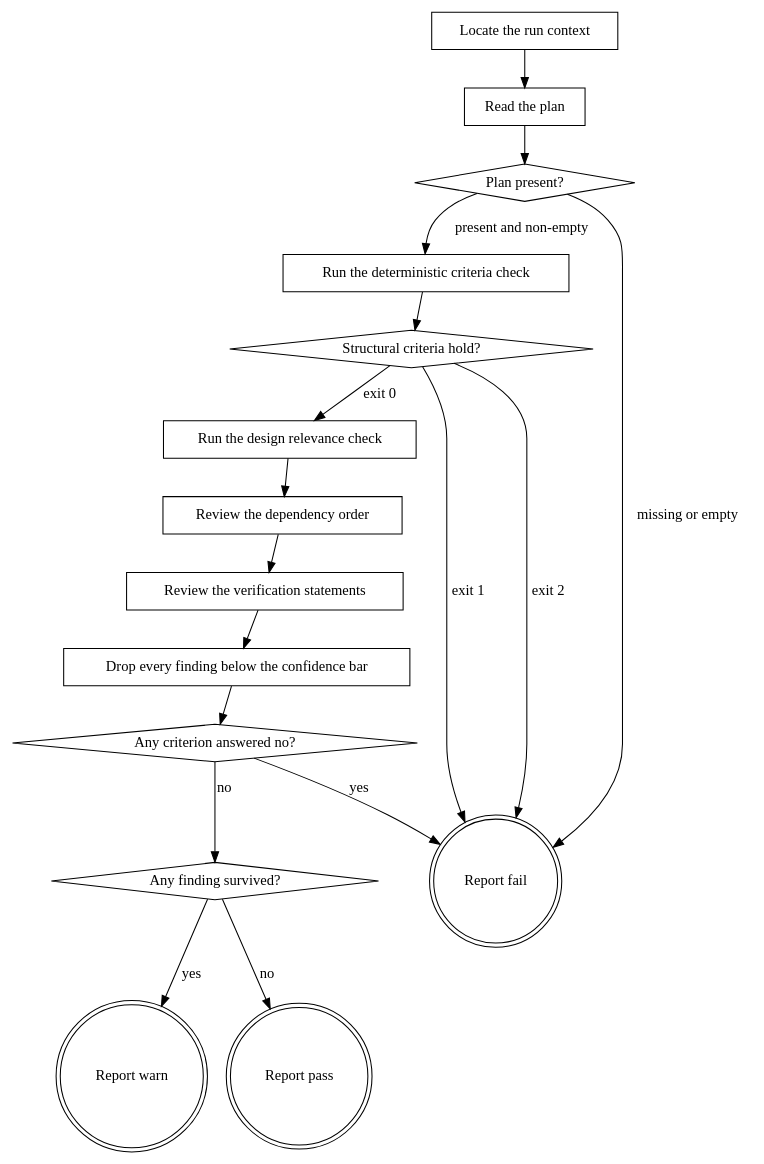
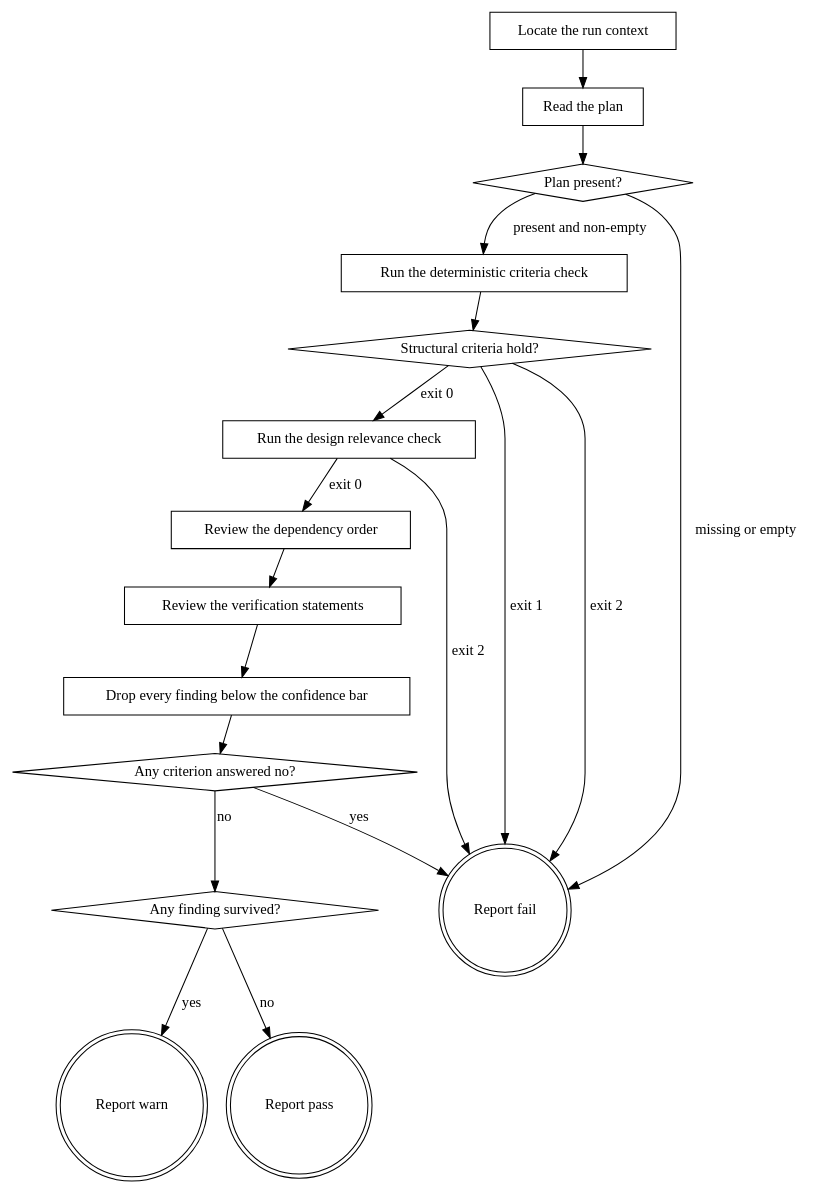
The diagram in plugins/eds/skills/eds-plan-gate/SKILL.md (agenticDraft/aem-eds-ai-workflow-demo), drawn with Graphviz before and after one commit. The commit also changed other lines of this file, not shown here.

First line of the commit message:
plan-gate records not run as information only and fails on a relevance check that exits 2, as for any check that could not run (D540)

````diff
--- a/plugins/eds/skills/eds-plan-gate/SKILL.md
+++ b/plugins/eds/skills/eds-plan-gate/SKILL.md
@@ -40,35 +40,36 @@
 ```dot
 digraph eds_plan_gate {
     "Locate the run context" [shape=box];
     "Read the plan" [shape=box];
     "Plan present?" [shape=diamond];
     "Run the deterministic criteria check" [shape=box];
     "Structural criteria hold?" [shape=diamond];
     "Run the design relevance check" [shape=box];
     "Review the dependency order" [shape=box];
     "Review the verification statements" [shape=box];
     "Drop every finding below the confidence bar" [shape=box];
     "Any criterion answered no?" [shape=diamond];
     "Any finding survived?" [shape=diamond];
     "Report fail" [shape=doublecircle];
     "Report warn" [shape=doublecircle];
     "Report pass" [shape=doublecircle];
 
     "Locate the run context" -> "Read the plan";
     "Read the plan" -> "Plan present?";
     "Plan present?" -> "Run the deterministic criteria check" [label="present and non-empty"];
     "Plan present?" -> "Report fail" [label="missing or empty"];
     "Run the deterministic criteria check" -> "Structural criteria hold?";
     "Structural criteria hold?" -> "Run the design relevance check" [label="exit 0"];
-    "Run the design relevance check" -> "Review the dependency order";
+    "Run the design relevance check" -> "Review the dependency order" [label="exit 0"];
+    "Run the design relevance check" -> "Report fail" [label="exit 2"];
     "Structural criteria hold?" -> "Report fail" [label="exit 1"];
     "Structural criteria hold?" -> "Report fail" [label="exit 2"];
     "Review the dependency order" -> "Review the verification statements";
     "Review the verification statements" -> "Drop every finding below the confidence bar";
     "Drop every finding below the confidence bar" -> "Any criterion answered no?";
     "Any criterion answered no?" -> "Report fail" [label="yes"];
     "Any criterion answered no?" -> "Any finding survived?" [label="no"];
     "Any finding survived?" -> "Report warn" [label="yes"];
     "Any finding survived?" -> "Report pass" [label="no"];
 }
 ```
````
